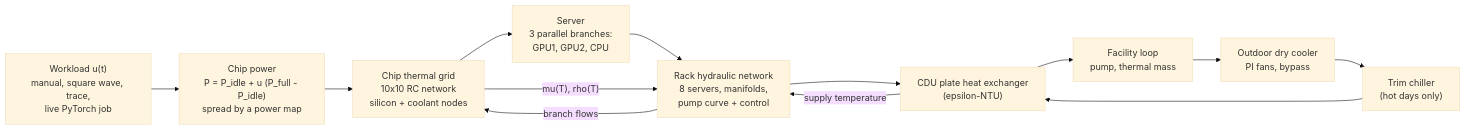
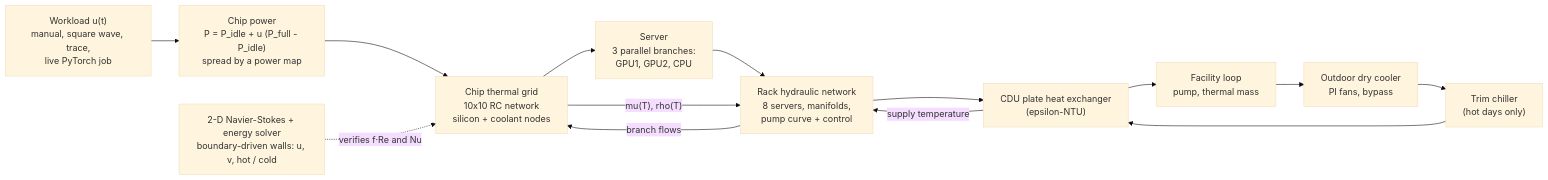
The diagram in README.md (EthycaWong/microfluidic-cooling-datacenter-simulation), drawn with Mermaid (base theme) before and after one commit. The commit also changed other lines of this file, not shown here.

Commit message:
README: mention the Navier-Stokes solver in the intro and architecture

````diff
--- a/README.md
+++ b/README.md
@@ -60,15 +60,16 @@
 ```mermaid
 flowchart LR
     W["Workload u(t)<br/>manual, square wave, trace,<br/>live PyTorch job"] --> P["Chip power<br/>P = P_idle + u (P_full - P_idle)<br/>spread by a power map"]
     P --> CH["Chip thermal grid<br/>10x10 RC network<br/>silicon + coolant nodes"]
     CH --> SV["Server<br/>3 parallel branches:<br/>GPU1, GPU2, CPU"]
     SV --> RK["Rack hydraulic network<br/>8 servers, manifolds,<br/>pump curve + control"]
     RK --> CDU["CDU plate heat exchanger<br/>(epsilon-NTU)"]
     CDU --> FL["Facility loop<br/>pump, thermal mass"]
     FL --> DC["Outdoor dry cooler<br/>PI fans, bypass"]
     DC --> CHL["Trim chiller<br/>(hot days only)"]
     CHL --> CDU
     CDU -->|supply temperature| RK
     RK -->|branch flows| CH
     CH -->|"mu(T), rho(T)"| RK
+    NS["2-D Navier-Stokes + energy solver<br/>boundary-driven walls: u, v, hot / cold"] -.->|"verifies f·Re and Nu"| CH
 ```
````
